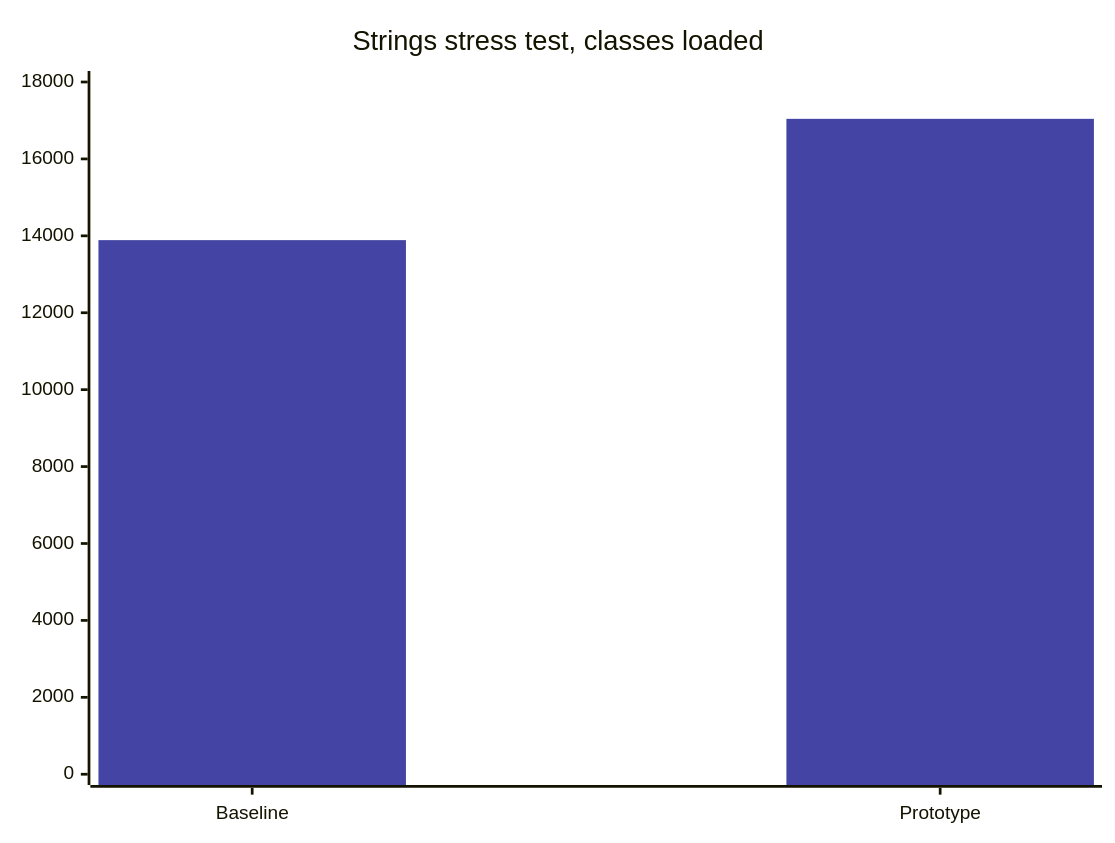
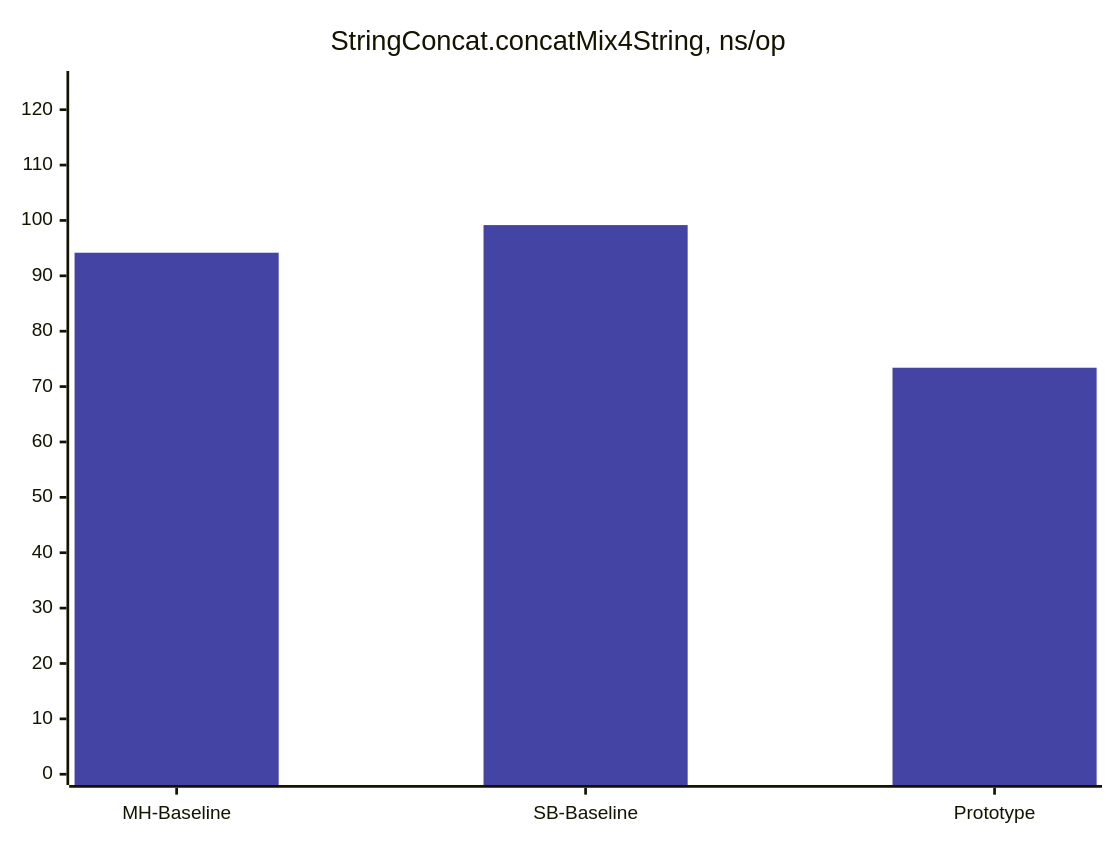
Before and after one commit to cl4es/cl4es.github.io: the seventh of 7 diagrams in presentations/jvmls2024/draft.md, drawn with Mermaid. The commit also changed other lines of this file, not shown here.

````diff
--- a/presentations/jvmls2024/draft.md
+++ b/presentations/jvmls2024/draft.md
@@ -653,16 +633,16 @@
 ```mermaid
 ---
 config:
     xyChart:
         width: 800
         height: 600
     themeVariables:
         xyChart:
             plotColorPalette: "#4344A3, #B34443" 
 ---
 xychart-beta
-  title "Strings stress test, classes loaded"
-  x-axis [Baseline, Prototype]
-  y-axis 0 --> 18000
-  bar [13888, 17042]
+  title "StringConcat.concatMix4String, ns/op"
+  x-axis [MH-Baseline, SB-Baseline, Prototype]
+  y-axis 0 --> 125
+  bar [94.172, 99.163, 73.405]
 ```
````
